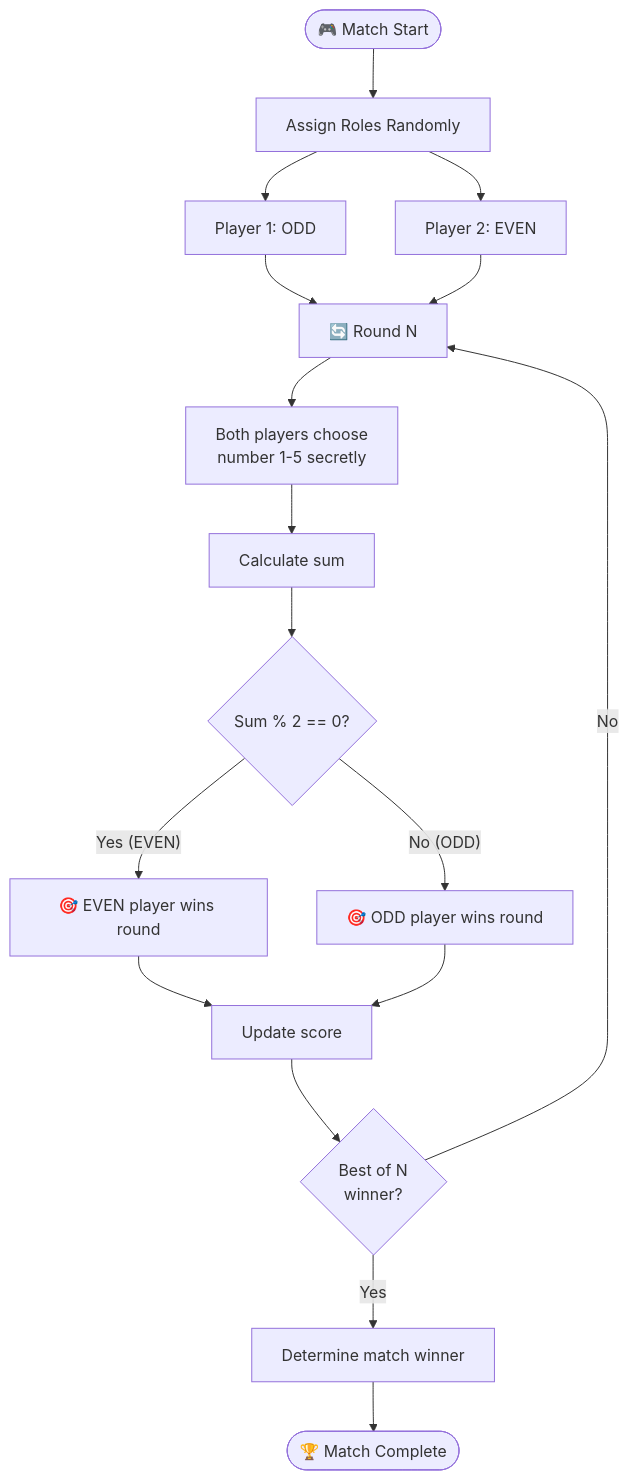
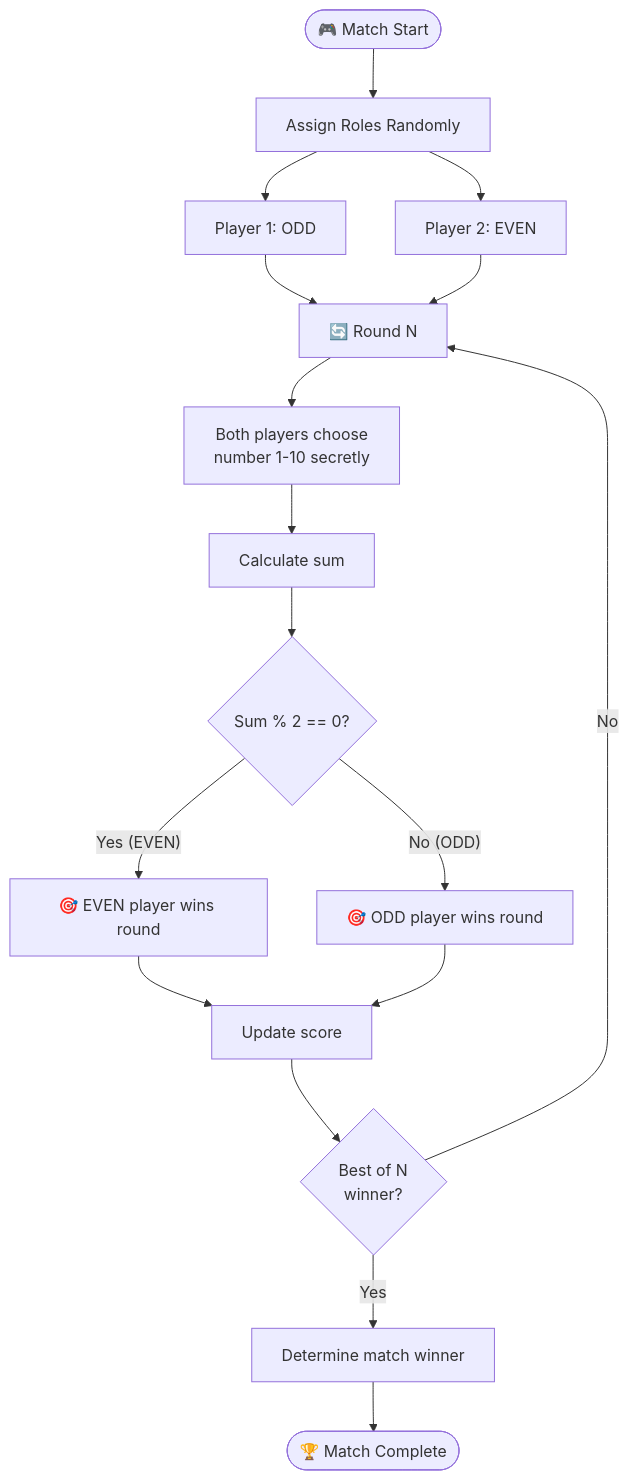
Diagram 18 of 19 in README.md (fouada/Assignment7_mcp-multi-agent-game), drawn with Mermaid before and after one commit. The commit also changed other lines of this file and 2 other files, not shown here.

````diff
--- a/README.md
+++ b/README.md
@@ -941,29 +1006,29 @@
 ```mermaid
 flowchart TD
     START([🎮 Match Start]) --> ASSIGN[Assign Roles Randomly]
     
     ASSIGN --> P1_ODD[Player 1: ODD]
     ASSIGN --> P2_EVEN[Player 2: EVEN]
     
     P1_ODD --> ROUND[🔄 Round N]
     P2_EVEN --> ROUND
     
-    ROUND --> CHOOSE[Both players choose<br/>number 1-5 secretly]
+    ROUND --> CHOOSE[Both players choose<br/>number 1-10 secretly]
     
     CHOOSE --> SUM[Calculate sum]
     
     SUM --> CHECK{Sum % 2 == 0?}
     
     CHECK -->|"Yes (EVEN)"| EVEN_WIN[🎯 EVEN player wins round]
     CHECK -->|"No (ODD)"| ODD_WIN[🎯 ODD player wins round]
     
     EVEN_WIN --> UPDATE[Update score]
     ODD_WIN --> UPDATE
     
     UPDATE --> WINNER_CHECK{Best of N<br/>winner?}
     
     WINNER_CHECK -->|No| ROUND
     WINNER_CHECK -->|Yes| MATCH_END[Determine match winner]
     
     MATCH_END --> END([🏆 Match Complete])
 ```
````
